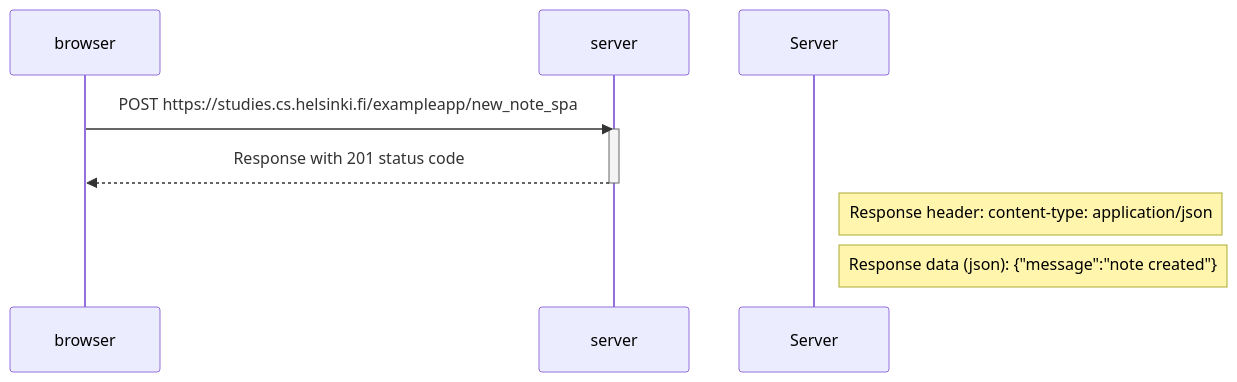
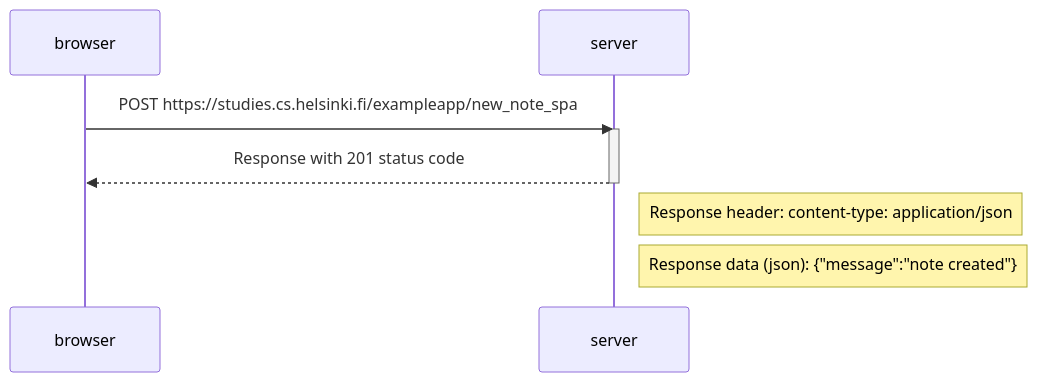
The diagram in part0/0.6_new-note-spa.md (pedramsoofi064/full-stack-open), drawn with Mermaid before and after one commit.

````diff
--- a/part0/0.6_new-note-spa.md
+++ b/part0/0.6_new-note-spa.md
@@ -1,13 +1,13 @@
 ```mermaid
 sequenceDiagram
     participant browser
     participant server
     
     browser->>server: POST https://studies.cs.helsinki.fi/exampleapp/new_note_spa
     activate server
     server-->>browser: Response with 201 status code
     deactivate server
         
-    Note right of Server: Response header: content-type: application/json
-    Note right of Server: Response data (json): {"message":"note created"}
+    Note right of server: Response header: content-type: application/json
+    Note right of server: Response data (json): {"message":"note created"}
 ``` 
````
